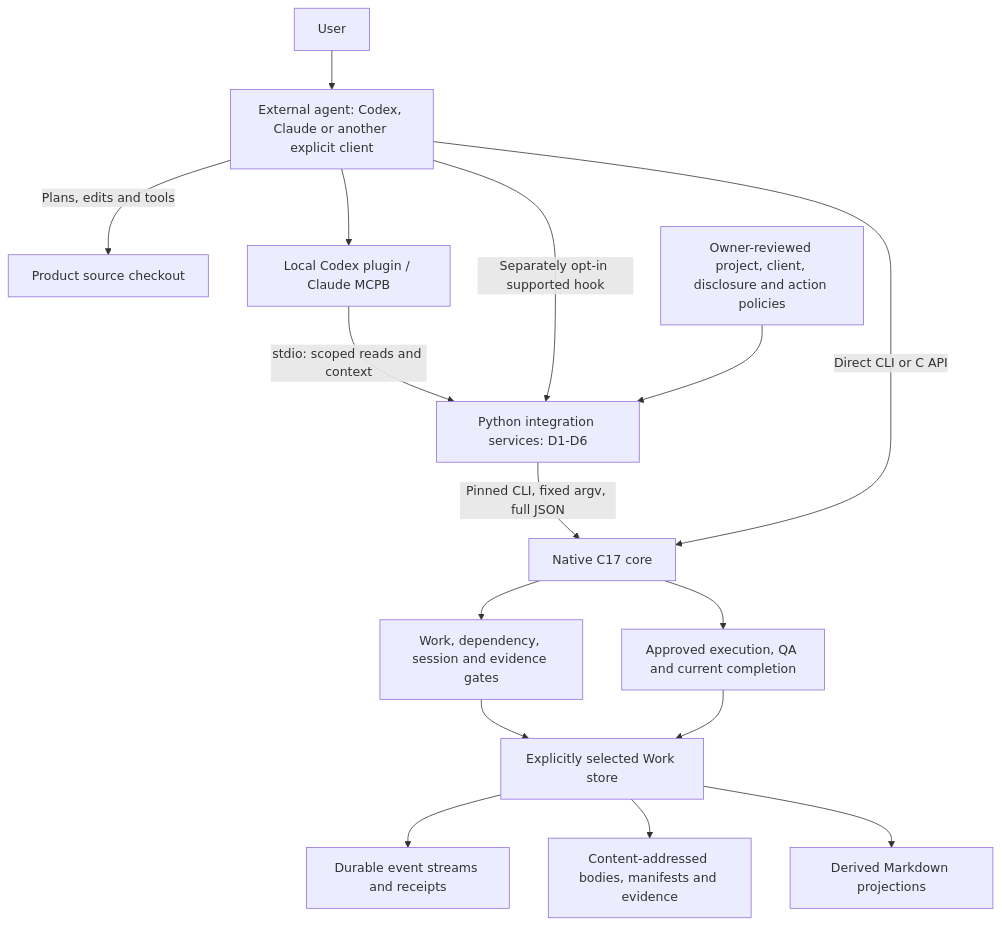
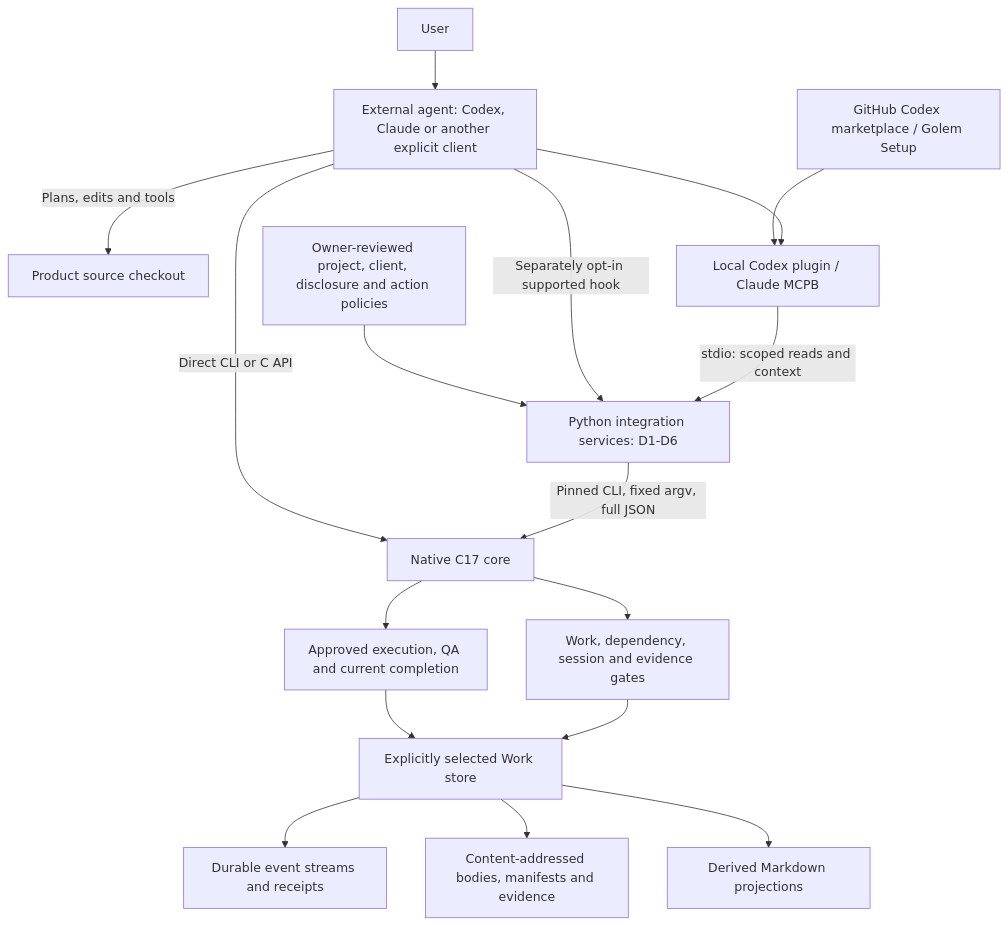
One commit to seadonggyun4/Golem changed the first of 3 diagrams in docs/architecture.md. Above: the diagram before and after it, drawn with Mermaid. The commit also changed other lines of this file and 4 other files, not shown here.

Commit message:
Document verified GitHub plugin migration and setup diagnostics

````diff
--- a/docs/architecture.md
+++ b/docs/architecture.md
@@ -29,18 +29,19 @@
 ```mermaid
 flowchart TD
     U["User"] --> A["External agent: Codex, Claude or another explicit client"]
     A -->|"Plans, edits and tools"| P["Product source checkout"]
     A --> L["Local Codex plugin / Claude MCPB"]
+    G["GitHub Codex marketplace / Golem Setup"] --> L
     L -->|"stdio: scoped reads and context"| I["Python integration services: D1-D6"]
     A -->|"Separately opt-in supported hook"| I
     O["Owner-reviewed project, client, disclosure and action policies"] --> I
     I -->|"Pinned CLI, fixed argv, full JSON"| C["Native C17 core"]
     A -->|"Direct CLI or C API"| C
     C --> W["Work, dependency, session and evidence gates"]
     C --> E["Approved execution, QA and current completion"]
     W --> S["Explicitly selected Work store"]
     E --> S
     S --> J["Durable event streams and receipts"]
     S --> B["Content-addressed bodies, manifests and evidence"]
     S --> M["Derived Markdown projections"]
 ```
````
